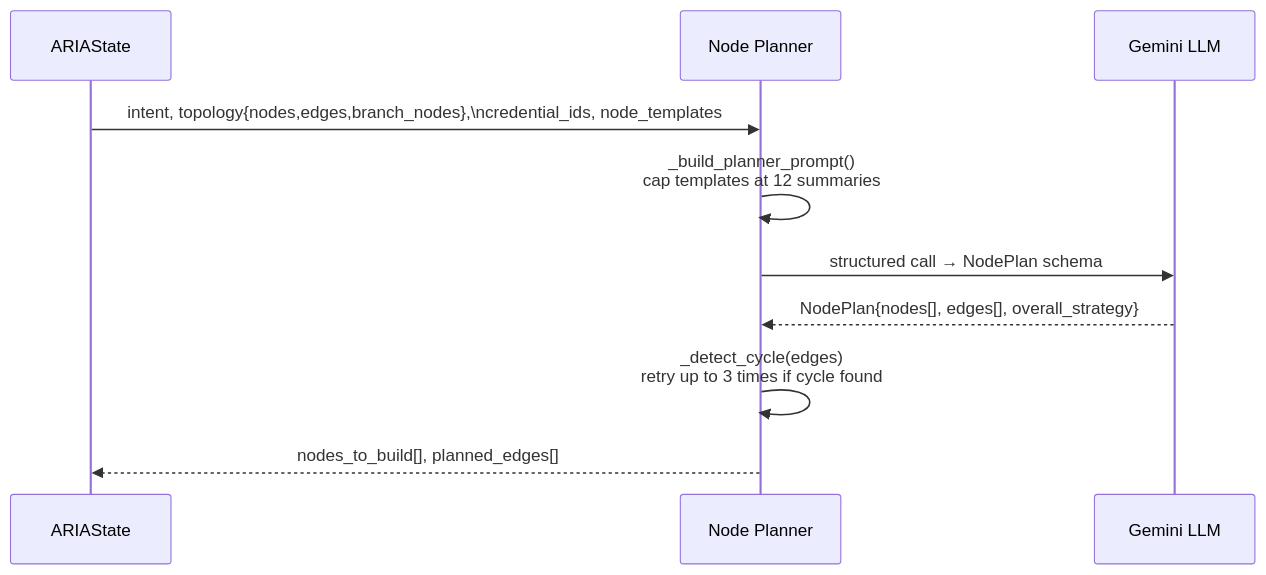
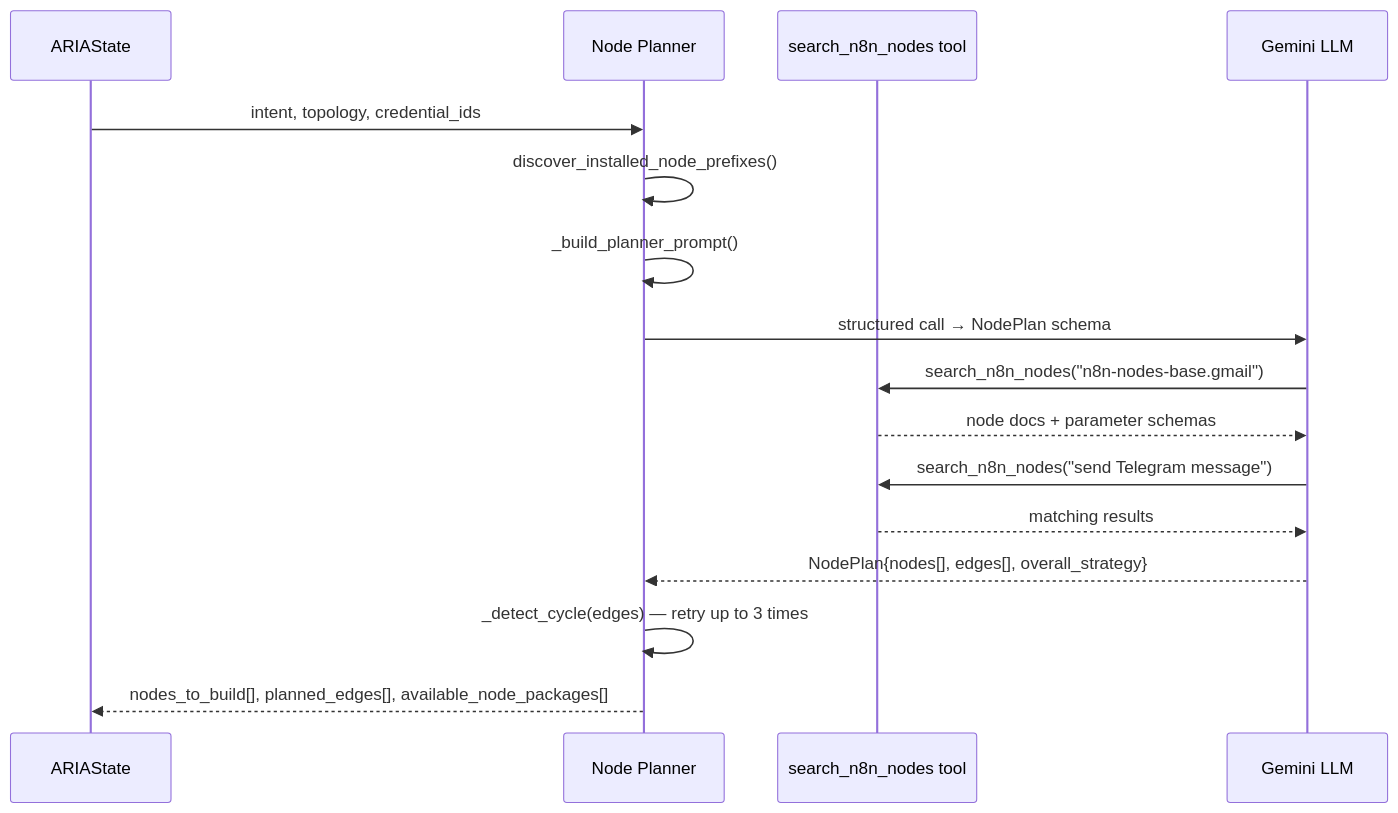
One commit to h19overflow/ARIA changed the second of 7 diagrams in src/agentic_system/build_cycle/README.md. Above: the diagram before and after it, drawn with Mermaid. The commit also changed other lines of this file and 4 other files, not shown here.

````diff
--- a/src/agentic_system/build_cycle/README.md
+++ b/src/agentic_system/build_cycle/README.md
@@ -91,13 +112,19 @@
 ```mermaid
 sequenceDiagram
     participant S as ARIAState
     participant NP as Node Planner
+    participant T as search_n8n_nodes tool
     participant LLM as Gemini LLM
 
-    S->>NP: intent, topology{nodes,edges,branch_nodes},\ncredential_ids, node_templates
-    NP->>NP: _build_planner_prompt()<br/>cap templates at 12 summaries
+    S->>NP: intent, topology, credential_ids
+    NP->>NP: discover_installed_node_prefixes()
+    NP->>NP: _build_planner_prompt()
     NP->>LLM: structured call → NodePlan schema
+    LLM->>T: search_n8n_nodes("n8n-nodes-base.gmail")
+    T-->>LLM: node docs + parameter schemas
+    LLM->>T: search_n8n_nodes("send Telegram message")
+    T-->>LLM: matching results
     LLM-->>NP: NodePlan{nodes[], edges[], overall_strategy}
-    NP->>NP: _detect_cycle(edges)<br/>retry up to 3 times if cycle found
-    NP-->>S: nodes_to_build[], planned_edges[]
+    NP->>NP: _detect_cycle(edges) — retry up to 3 times
+    NP-->>S: nodes_to_build[], planned_edges[], available_node_packages[]
 ```
````
